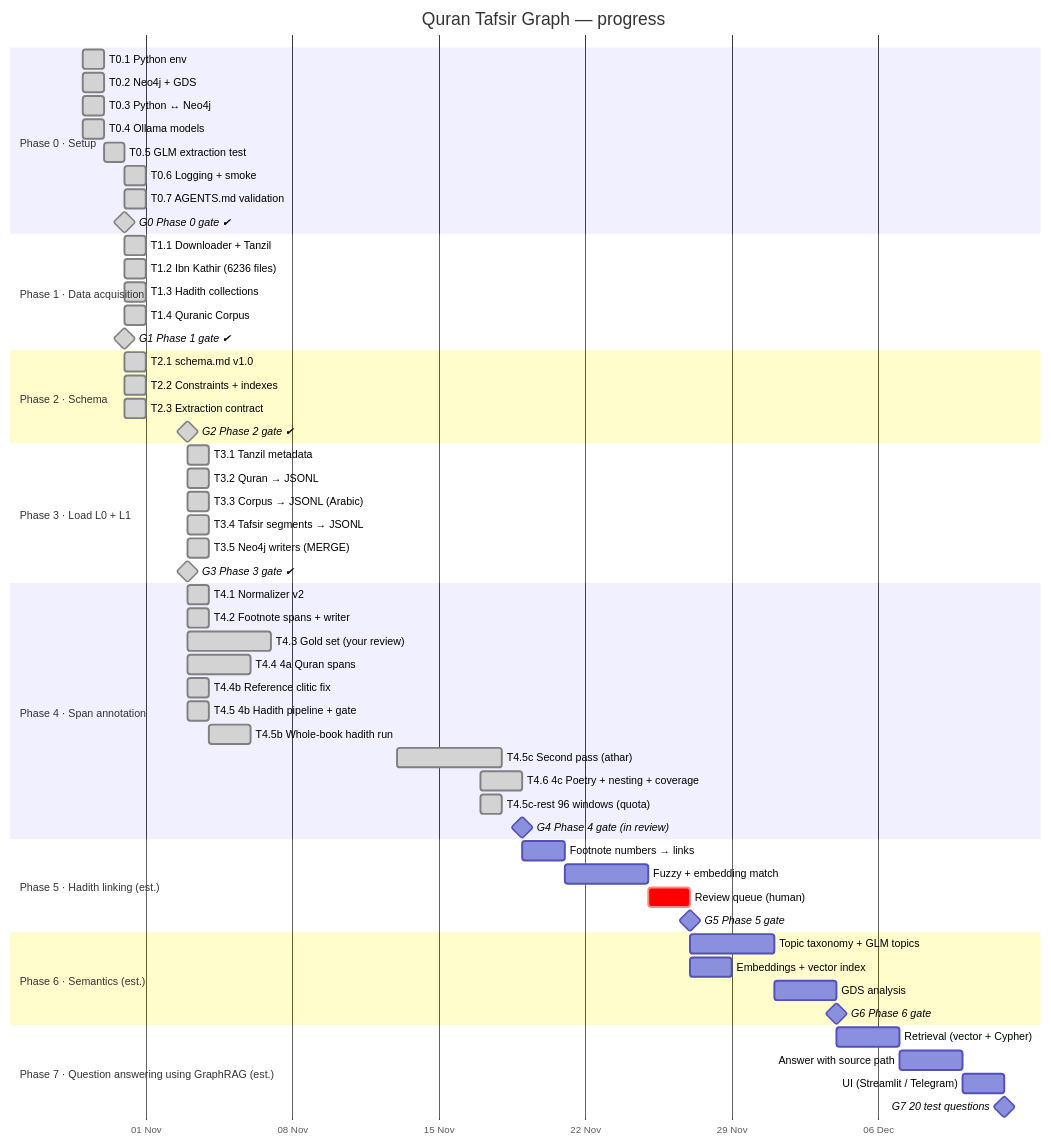
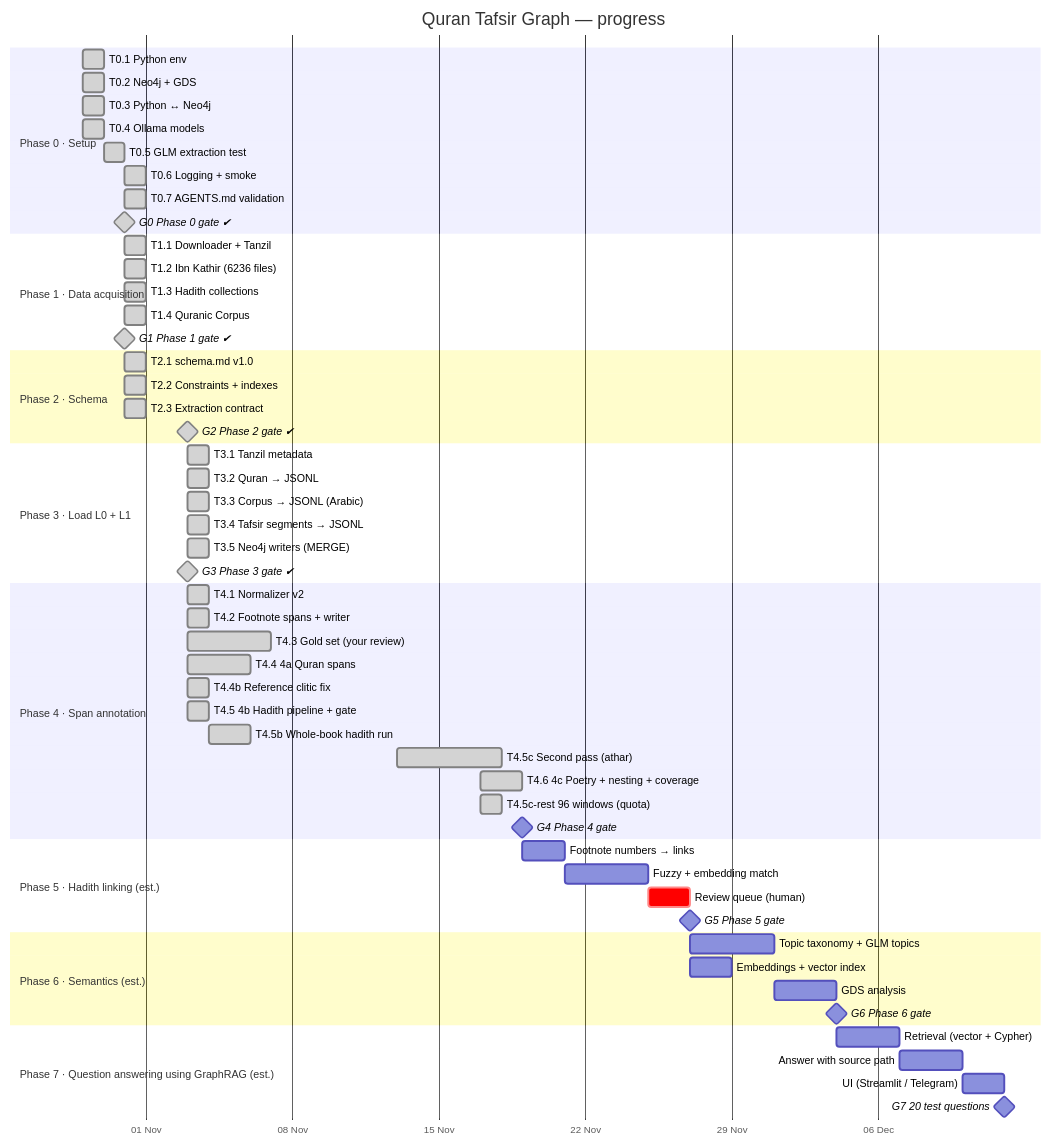
The diagram in docs/GANTT.md (mohamed-soubhi/quran-graph), drawn with Mermaid before and after one commit. The commit also changed other lines of this file and 4 other files, not shown here.

Commit message:
G4: Phase 4 gate signed off by Aya & Mohamed; Phase 4 closed

````diff
--- a/docs/GANTT.md
+++ b/docs/GANTT.md
@@ -9,69 +9,69 @@
 ```mermaid
 gantt
     title Quran Tafsir Graph — progress
     dateFormat YYYY-MM-DD
     axisFormat %d %b
     todayMarker stroke-width:3px,stroke:#d33
 
     section Phase 0 · Setup
     T0.1 Python env                 :done, t01, 2026-10-29, 1d
     T0.2 Neo4j + GDS                :done, t02, 2026-10-29, 1d
     T0.3 Python ↔ Neo4j             :done, t03, 2026-10-29, 1d
     T0.4 Ollama models              :done, t04, 2026-10-29, 1d
     T0.5 GLM extraction test        :done, t05, 2026-10-30, 1d
     T0.6 Logging + smoke            :done, t06, 2026-10-31, 1d
     T0.7 AGENTS.md validation       :done, t07, 2026-10-31, 1d
     G0 Phase 0 gate ✔               :milestone, done, g0, 2026-10-31, 0d
 
     section Phase 1 · Data acquisition
     T1.1 Downloader + Tanzil        :done, t11, 2026-10-31, 1d
     T1.2 Ibn Kathir (6236 files)    :done, t12, 2026-10-31, 1d
     T1.3 Hadith collections         :done, t13, 2026-10-31, 1d
     T1.4 Quranic Corpus            :done, t14, 2026-10-31, 1d
     G1 Phase 1 gate ✔               :milestone, done, g1, 2026-10-31, 0d
 
     section Phase 2 · Schema
     T2.1 schema.md v1.0            :done, t21, 2026-10-31, 1d
     T2.2 Constraints + indexes      :done, t22, 2026-10-31, 1d
     T2.3 Extraction contract        :done, t23, 2026-10-31, 1d
     G2 Phase 2 gate ✔               :milestone, done, g2, 2026-11-03, 0d
 
     section Phase 3 · Load L0 + L1
     T3.1 Tanzil metadata            :done, t31, 2026-11-03, 1d
     T3.2 Quran → JSONL              :done, t32, 2026-11-03, 1d
     T3.3 Corpus → JSONL (Arabic)    :done, t33, 2026-11-03, 1d
     T3.4 Tafsir segments → JSONL    :done, t34, 2026-11-03, 1d
     T3.5 Neo4j writers (MERGE)      :done, p3b, 2026-11-03, 1d
     G3 Phase 3 gate ✔               :milestone, done, g3, 2026-11-03, 0d
 
     section Phase 4 · Span annotation
     T4.1 Normalizer v2              :done, t41, 2026-11-03, 1d
     T4.2 Footnote spans + writer    :done, t42, 2026-11-03, 1d
     T4.3 Gold set (your review)     :done, t43, 2026-11-03, 4d
     T4.4 4a Quran spans             :done, t44, 2026-11-03, 3d
     T4.4b Reference clitic fix      :done, t44b, 2026-11-03, 1d
     T4.5 4b Hadith pipeline + gate  :done, t45, 2026-11-03, 1d
     T4.5b Whole-book hadith run     :done, t45b, 2026-11-04, 2d
     T4.5c Second pass (athar)       :done, t45c, 2026-11-13, 5d
     T4.6 4c Poetry + nesting + coverage :done, p4c, 2026-11-17, 2d
     T4.5c-rest 96 windows (quota)   :done, t45r, 2026-11-17, 1d
-    G4 Phase 4 gate (in review)     :milestone, g4, after p4c, 0d
+    G4 Phase 4 gate                 :milestone, g4, after p4c, 0d
 
     section Phase 5 · Hadith linking (est.)
     Footnote numbers → links        :p5a, after g4, 2d
     Fuzzy + embedding match         :p5b, after p5a, 4d
     Review queue (human)            :crit, p5c, after p5b, 2d
     G5 Phase 5 gate                 :milestone, g5, after p5c, 0d
 
     section Phase 6 · Semantics (est.)
     Topic taxonomy + GLM topics     :p6a, after g5, 4d
     Embeddings + vector index       :p6b, after g5, 2d
     GDS analysis                    :p6c, after p6a, 3d
     G6 Phase 6 gate                 :milestone, g6, after p6c, 0d
 
     section Phase 7 · Question answering using GraphRAG (est.)
     Retrieval (vector + Cypher)     :p7a, after g6, 3d
     Answer with source path         :p7b, after p7a, 3d
     UI (Streamlit / Telegram)       :p7c, after p7b, 2d
     G7 20 test questions            :milestone, g7, after p7c, 0d
 ```
````
